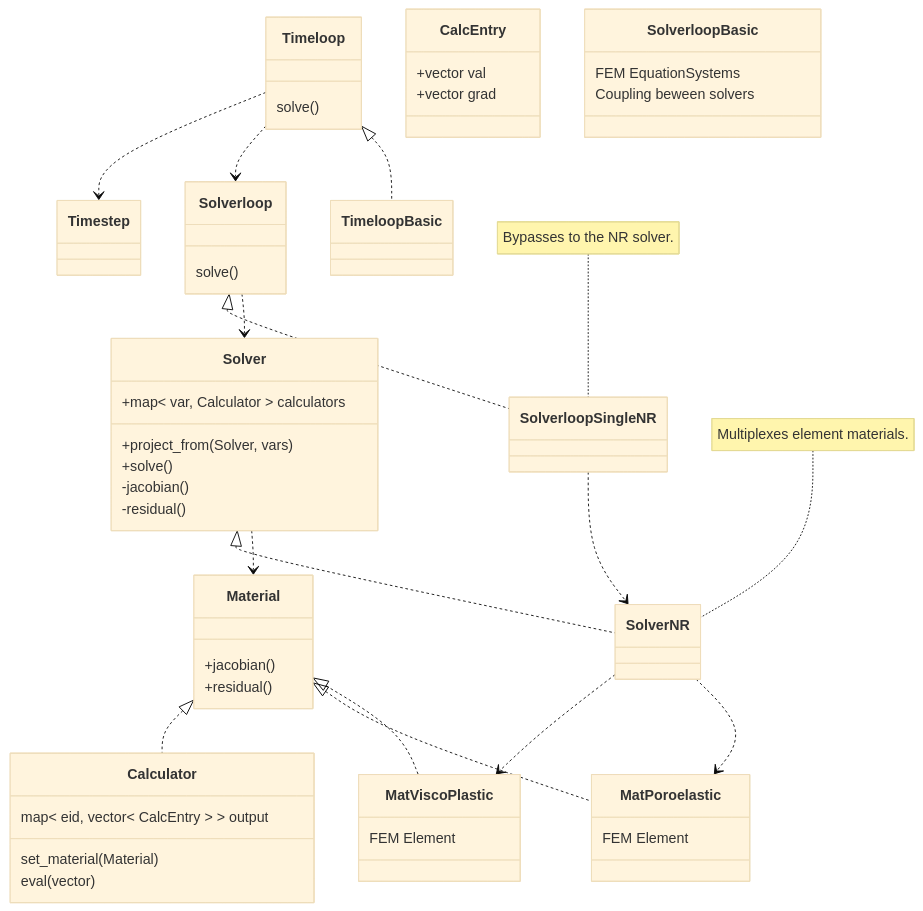
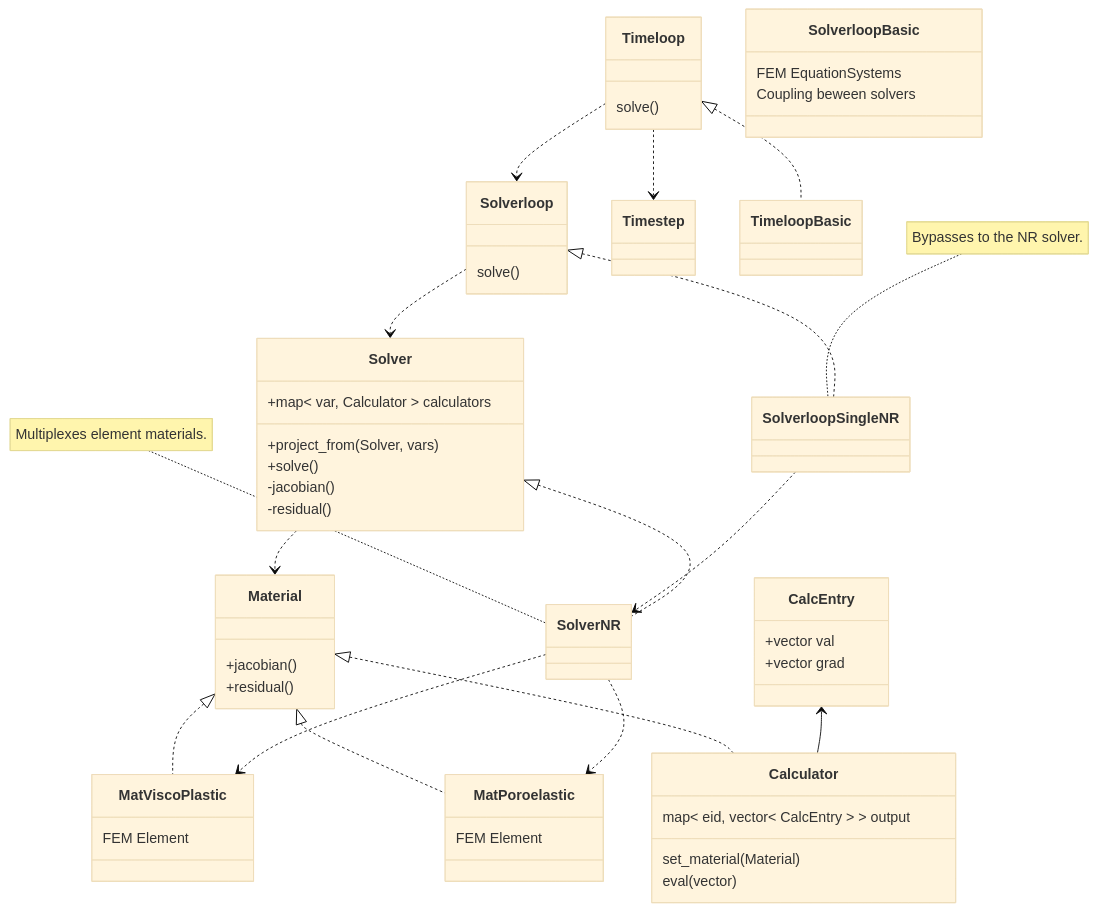
One commit to rebpoli/harpy changed the diagram in include/README.md. Above: the diagram before and after it, drawn with Mermaid (base theme).

````diff
--- a/include/README.md
+++ b/include/README.md
@@ -15,81 +15,82 @@
 ```mermaid
 classDiagram
 %% Interfaces
     class Timeloop { 
         solve()
     }
 
     class Solverloop {
         solve()
     }
 
     class Solver {
         +map< var, Calculator > calculators
         +project_from(Solver, vars)
         +solve()
         -jacobian()
         -residual()
     }
 
 
     class Material {
         +jacobian()
         +residual()
     }
 
     class CalcEntry {
         +vector<dbl> val
         +vector<Point> grad
     }
     class Calculator {
         map< eid, vector< CalcEntry > > output
         set_material( Material )
         eval( vector<Point> )
     }
     Material <|.. Calculator
+    CalcEntry <-- Calculator
 
 %% Helper
     class Timestep { }
 
 %% Implementations
     class SolverloopBasic {
         FEM EquationSystems
         Coupling beween solvers
     }
 
     class MatViscoPlastic { FEM Element }
 
     class MatPoroelastic { FEM Element }
 
 %% Dependencies
     Timeloop ..> Timestep
     Timeloop ..> Solverloop
 
     note for SolverloopSingleNR "Bypasses to the NR solver."
     SolverloopSingleNR ..> SolverNR
 
 %% Interfaces << implementations
     Timeloop <|.. TimeloopBasic
     Material <|.. MatPoroelastic
     Material <|.. MatViscoPlastic
     Solverloop <|.. SolverloopSingleNR
     Solver <|.. SolverNR
     note for SolverNR "Multiplexes element materials."
 
     Solverloop ..> Solver
     Solver..> Material
 
     SolverNR ..> MatViscoPlastic
     SolverNR ..> MatPoroelastic
 
 %%
 %% classA <|-- classB    // Inheritance (B inherits from A)
 %% classA <|.. classB    // Implementation (B implements A)
 %% classA *-- classB     // Composition (B is part of A)
 %% classA o-- classB     // Aggregation (B is used by A)
 %% classA --> classB     // Association (A references B)
 %% classA ..> classB     // Dependency (A depends on B)
 %% classA ..|> classB    // Realization (B realizes A)
 %% classA <--> classB    // Bidirectional association
 
 ```
````
